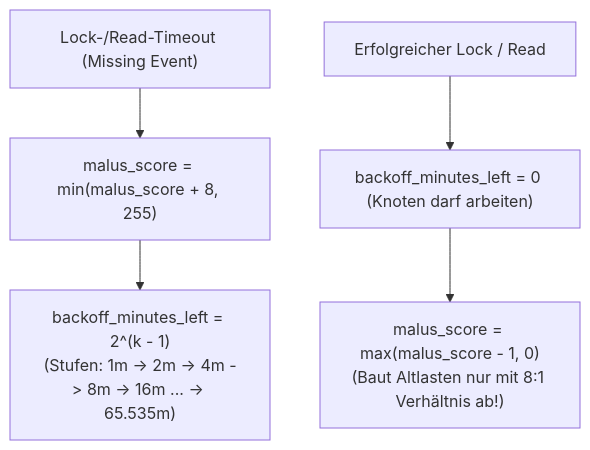
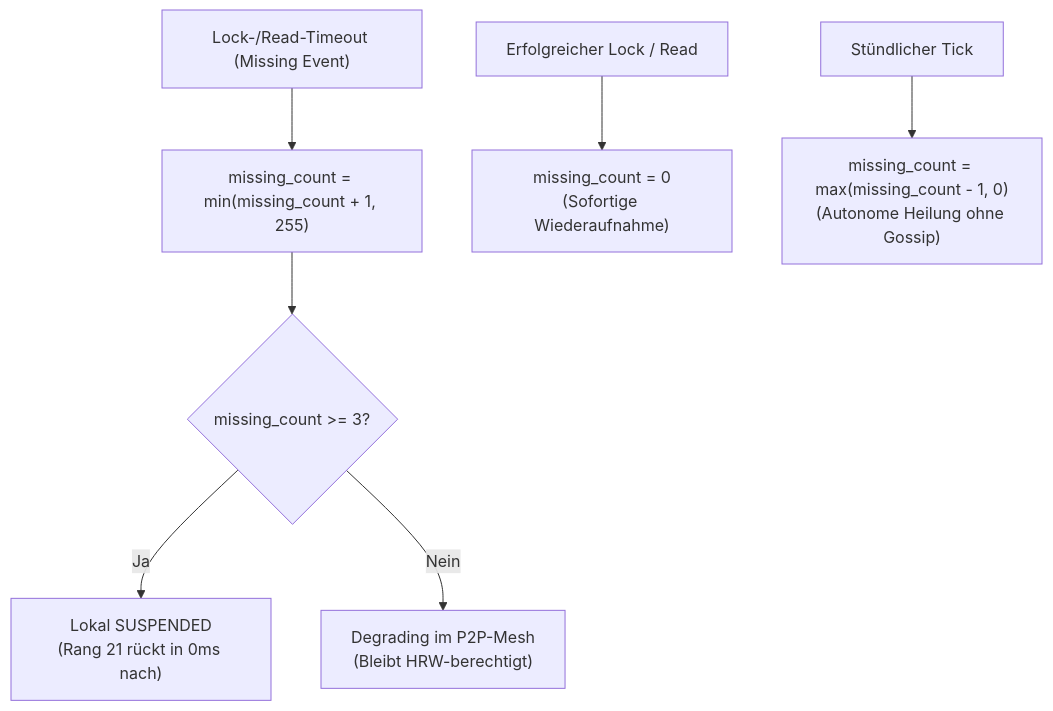
One commit to minutogit/human-money-node changed the second of 2 diagrams in docs/18_shard_kollaboration_und_perkolations_mathematik.md. Above: the diagram before and after it, drawn with Mermaid. The commit also changed other lines of this file and 27 other files, not shown here.

Commit message:
refactor(core): replace legacy 8:1 malus_score backoff with transient missing_count damping

````diff
--- a/docs/18_shard_kollaboration_und_perkolations_mathematik.md
+++ b/docs/18_shard_kollaboration_und_perkolations_mathematik.md
@@ -157,8 +157,10 @@
 ```mermaid
 flowchart TD
-    Missing["Lock-/Read-Timeout (Missing Event)"] --> IncPenalty["malus_score = min(malus_score + 8, 255)"]
-    IncPenalty --> SetBackoff["backoff_minutes_left = 2^(k - 1)<br/>(Stufen: 1m -> 2m -> 4m -> 8m -> 16m ... -> 65.535m)"]
+    Missing["Lock-/Read-Timeout (Missing Event)"] --> IncMissing["missing_count = min(missing_count + 1, 255)"]
+    IncMissing --> CheckSuspended{"missing_count >= 3?"}
+    CheckSuspended -- Ja --> LocalSuspended["Lokal SUSPENDED<br/>(Rang 21 rückt in 0ms nach)"]
+    CheckSuspended -- Nein --> MeshDegrading["Degrading im P2P-Mesh<br/>(Bleibt HRW-berechtigt)"]
     
-    Success["Erfolgreicher Lock / Read"] --> LiftBackoff["backoff_minutes_left = 0 (Knoten darf arbeiten)"]
-    LiftBackoff --> DecPenalty["malus_score = max(malus_score - 1, 0)<br/>(Baut Altlasten nur mit 8:1 Verhältnis ab!)"]
+    Success["Erfolgreicher Lock / Read"] --> InstantReset["missing_count = 0<br/>(Sofortige Wiederaufnahme)"]
+    HourlyTick["Stündlicher Tick"] --> DecayPenalty["missing_count = max(missing_count - 1, 0)<br/>(Autonome Heilung ohne Gossip)"]
 ```
````
